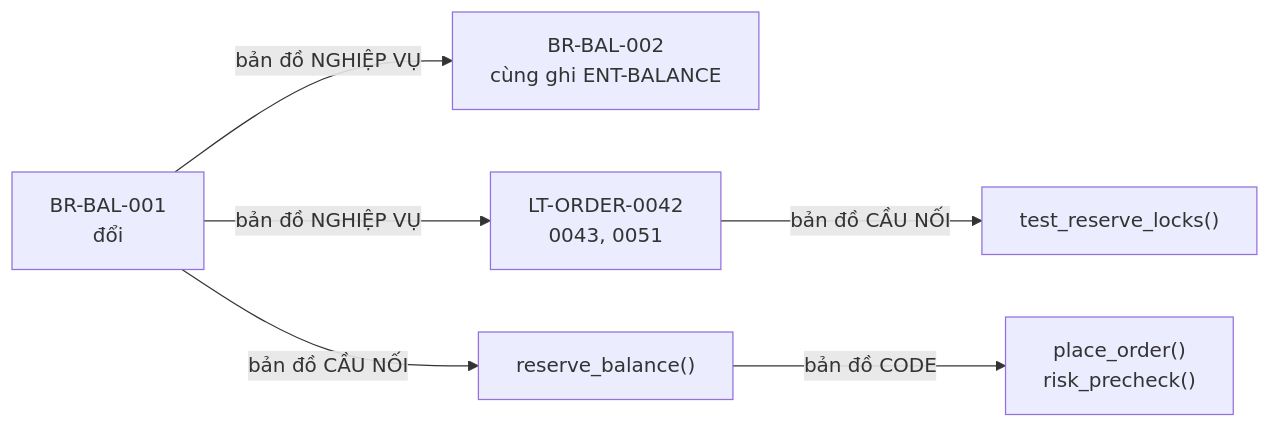
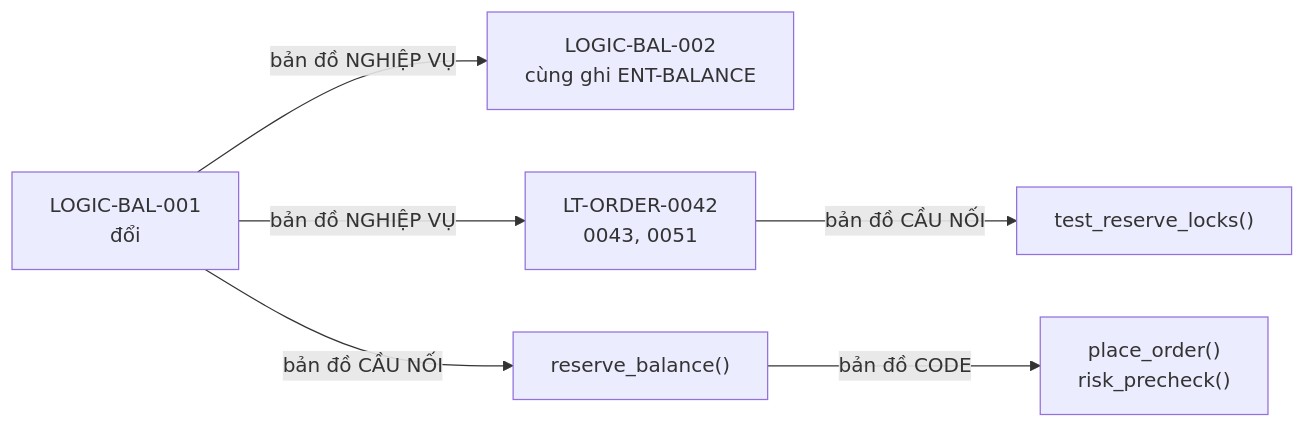
One commit to Kynderis/kendrick-ai-tools changed the third of 7 diagrams in design/01-BO-MAY.md. Above: the diagram before and after it, drawn with Mermaid. The commit also changed other lines of this file and 4 other files, not shown here.

````diff
--- a/design/01-BO-MAY.md
+++ b/design/01-BO-MAY.md
@@ -367,8 +367,8 @@
 ```mermaid
 flowchart LR
-    A["BR-BAL-001<br/>đổi"] -->|"bản đồ NGHIỆP VỤ"| B["BR-BAL-002<br/>cùng ghi ENT-BALANCE"]
+    A["LOGIC-BAL-001<br/>đổi"] -->|"bản đồ NGHIỆP VỤ"| B["LOGIC-BAL-002<br/>cùng ghi ENT-BALANCE"]
     A -->|"bản đồ NGHIỆP VỤ"| C["LT-ORDER-0042<br/>0043, 0051"]
     A -->|"bản đồ CẦU NỐI"| D["reserve_balance()"]
     D -->|"bản đồ CODE"| E["place_order()<br/>risk_precheck()"]
     C -->|"bản đồ CẦU NỐI"| F["test_reserve_locks()"]
 ```
````
